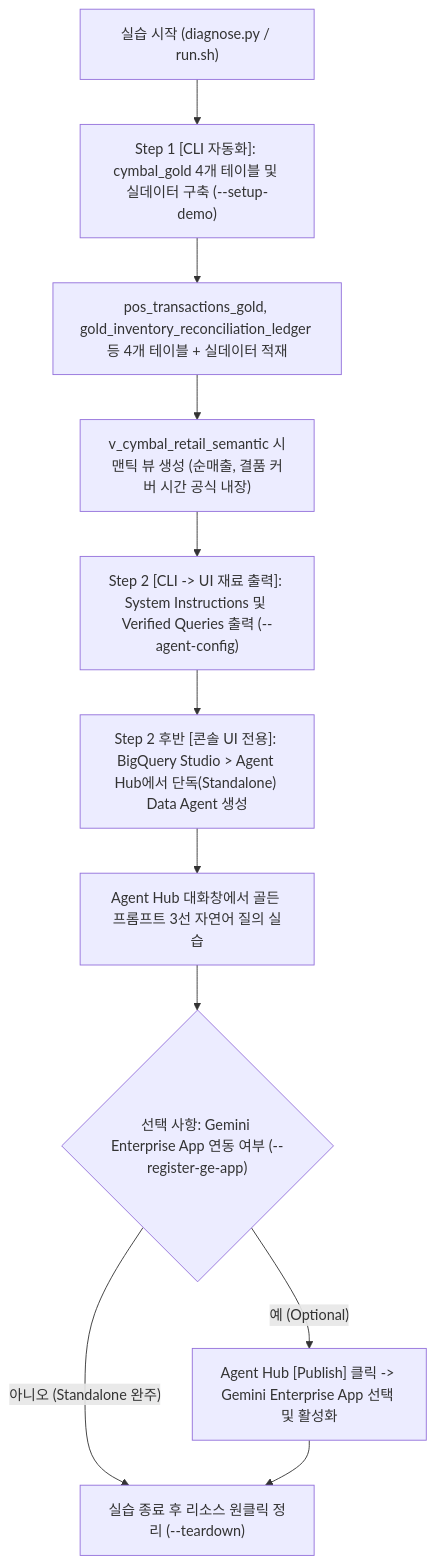
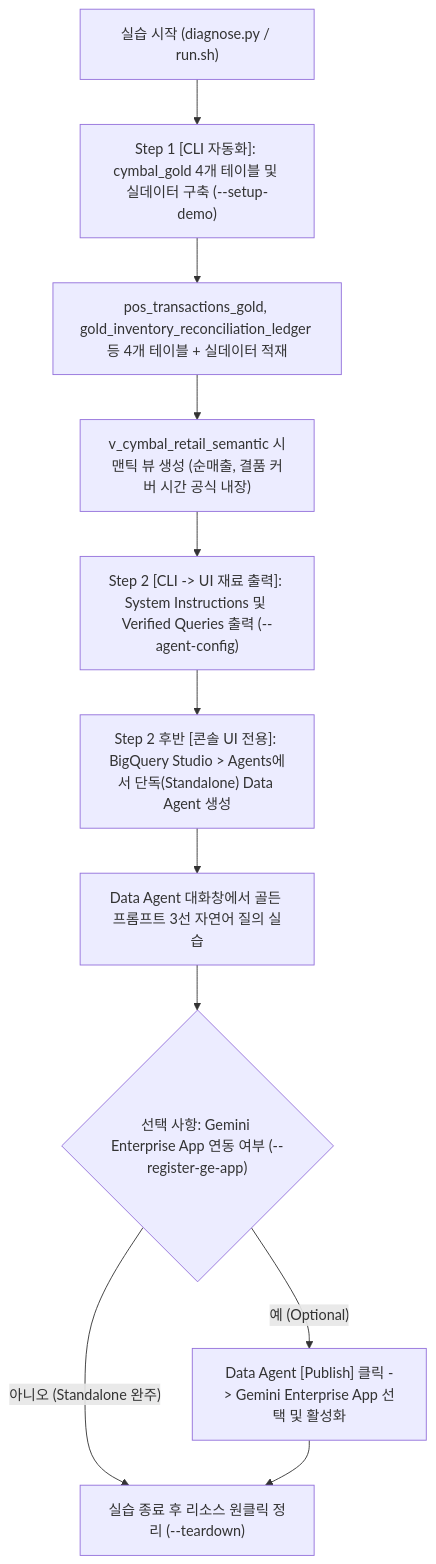
The diagram in samples/bigquery-data-agent-starter/README.md (jiangjun-forge/google-cloud-0-to-1), drawn with Mermaid before and after one commit. The commit also changed other lines of this file and 3 other files, not shown here.

Commit message:
Fix Agent Hub terminology

````diff
--- a/samples/bigquery-data-agent-starter/README.md
+++ b/samples/bigquery-data-agent-starter/README.md
@@ -39,13 +39,13 @@
 ```mermaid
 flowchart TD
     A["실습 시작 (diagnose.py / run.sh)"] --> B["Step 1 [CLI 자동화]: cymbal_gold 4개 테이블 및 실데이터 구축 (--setup-demo)"]
     B --> C["pos_transactions_gold, gold_inventory_reconciliation_ledger 등 4개 테이블 + 실데이터 적재"]
     C --> D["v_cymbal_retail_semantic 시맨틱 뷰 생성 (순매출, 결품 커버 시간 공식 내장)"]
     D --> E["Step 2 [CLI -> UI 재료 출력]: System Instructions 및 Verified Queries 출력 (--agent-config)"]
-    E --> F["Step 2 후반 [콘솔 UI 전용]: BigQuery Studio > Agent Hub에서 단독(Standalone) Data Agent 생성"]
-    F --> G["Agent Hub 대화창에서 골든 프롬프트 3선 자연어 질의 실습"]
+    E --> F["Step 2 후반 [콘솔 UI 전용]: BigQuery Studio > Agents에서 단독(Standalone) Data Agent 생성"]
+    F --> G["Data Agent 대화창에서 골든 프롬프트 3선 자연어 질의 실습"]
     G --> H{"선택 사항: Gemini Enterprise App 연동 여부 (--register-ge-app)"}
-    H -- "예 (Optional)" --> I["Agent Hub [Publish] 클릭 -> Gemini Enterprise App 선택 및 활성화"]
+    H -- "예 (Optional)" --> I["Data Agent [Publish] 클릭 -> Gemini Enterprise App 선택 및 활성화"]
     H -- "아니오 (Standalone 완주)" --> J["실습 종료 후 리소스 원클릭 정리 (--teardown)"]
     I --> J
 ```
````
